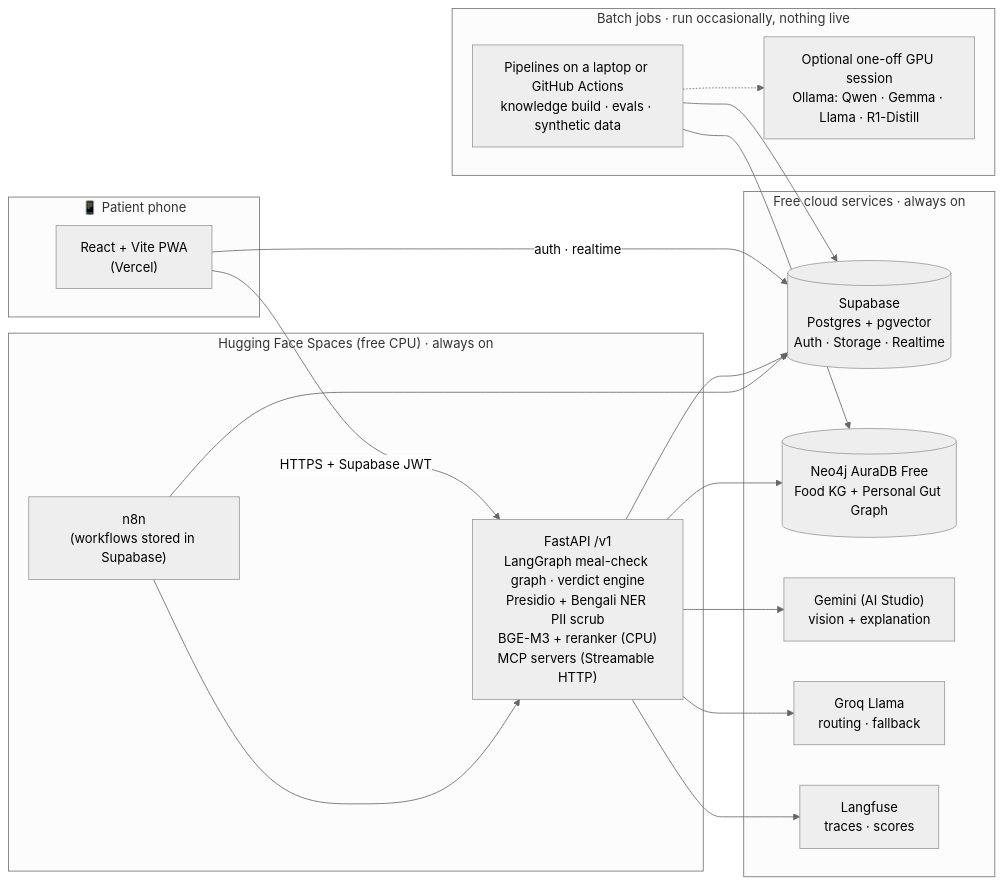
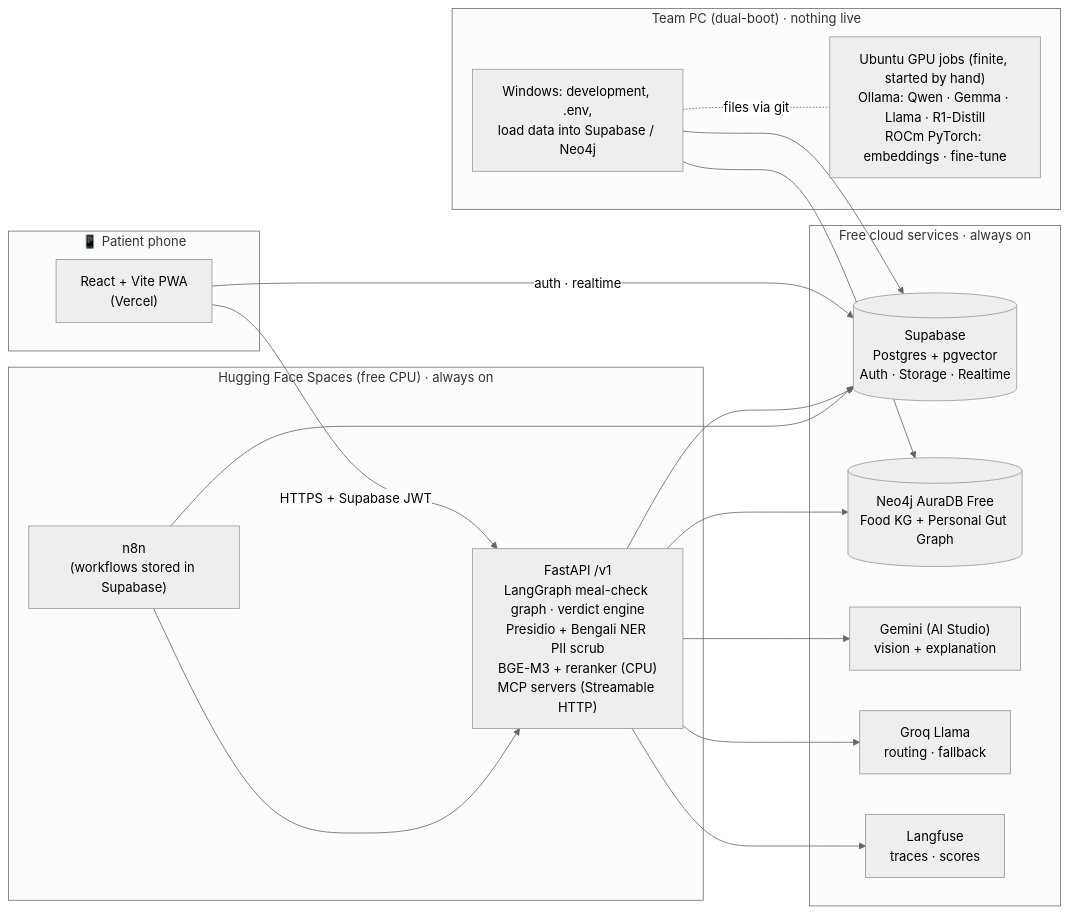
The first of 2 diagrams in docs/02-architecture.md (RyanAhmed911/HappyGut), drawn with Mermaid (neutral theme) before and after one commit. The commit also changed other lines of this file and 9 other files, not shown here.

First line of the commit message:
One dual-boot PC: Windows for development and secrets, Ubuntu for finite GPU jobs

````diff
--- a/docs/02-architecture.md
+++ b/docs/02-architecture.md
@@ -7,33 +7,33 @@
 ```mermaid
 flowchart LR
     subgraph Phone["📱 Patient phone"]
         PWA["React + Vite PWA<br/>(Vercel)"]
     end
     subgraph HF["Hugging Face Spaces (free CPU) · always on"]
         API["FastAPI /v1<br/>LangGraph meal-check graph · verdict engine<br/>Presidio + Bengali NER PII scrub<br/>BGE-M3 + reranker (CPU)<br/>MCP servers (Streamable HTTP)"]
         N8N["n8n<br/>(workflows stored in Supabase)"]
     end
     subgraph Cloud["Free cloud services · always on"]
         SB[("Supabase<br/>Postgres + pgvector<br/>Auth · Storage · Realtime")]
         NEO[("Neo4j AuraDB Free<br/>Food KG + Personal Gut Graph")]
         GEM["Gemini (AI Studio)<br/>vision + explanation"]
         GROQ["Groq Llama<br/>routing · fallback"]
         LF["Langfuse<br/>traces · scores"]
     end
-    subgraph Batch["Batch jobs · run occasionally, nothing live"]
-        PIPE["Pipelines on a laptop or GitHub Actions<br/>knowledge build · evals · synthetic data"]
-        OLL["Optional one-off GPU session<br/>Ollama: Qwen · Gemma · Llama · R1-Distill"]
+    subgraph PC["Team PC (dual-boot) · nothing live"]
+        PIPE["Windows: development, .env,<br/>load data into Supabase / Neo4j"]
+        OLL["Ubuntu GPU jobs (finite, started by hand)<br/>Ollama: Qwen · Gemma · Llama · R1-Distill<br/>ROCm PyTorch: embeddings · fine-tune"]
     end
     PWA -- HTTPS + Supabase JWT --> API
     PWA -- auth · realtime --> SB
     API --> SB
     API --> NEO
     API --> GEM
     API --> GROQ
     API --> LF
     N8N --> API
     N8N --> SB
     PIPE --> SB
     PIPE --> NEO
-    PIPE -.-> OLL
+    PIPE -. "files via git" .- OLL
 ```
````
